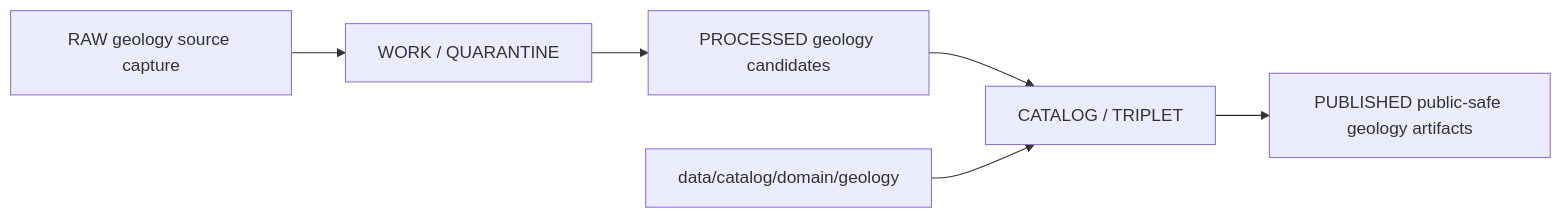
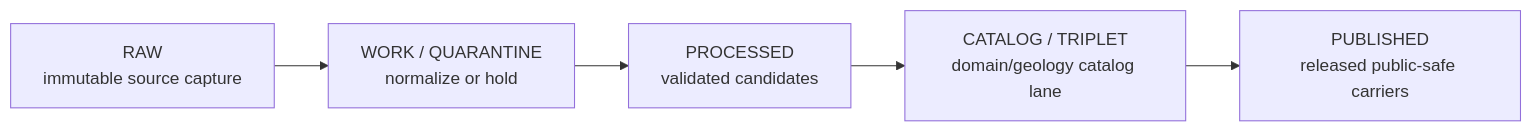
One commit to bartytime4life/Kansas-Frontier-Matrix changed the diagram in data/catalog/domain/geology/README.md. Above: the diagram before and after it, drawn with Mermaid. The commit also changed other lines of this file, not shown here.

Commit message:
docs(geology): modernize domain catalog README

````diff
--- a/data/catalog/domain/geology/README.md
+++ b/data/catalog/domain/geology/README.md
@@ -69,8 +286,7 @@
 ```mermaid
 flowchart LR
-  RAW[RAW geology source capture] --> WORK[WORK / QUARANTINE]
-  WORK --> PROCESSED[PROCESSED geology candidates]
-  PROCESSED --> CATALOG[CATALOG / TRIPLET]
-  CATALOG --> PUBLISHED[PUBLISHED public-safe geology artifacts]
-  DOMAIN[data/catalog/domain/geology] --> CATALOG
+    RAW["RAW<br/>immutable source capture"] --> WQ["WORK / QUARANTINE<br/>normalize or hold"]
+    WQ --> PROC["PROCESSED<br/>validated candidates"]
+    PROC --> CAT["CATALOG / TRIPLET<br/>domain/geology catalog lane"]
+    CAT --> PUB["PUBLISHED<br/>released public-safe carriers"]
 ```
````
